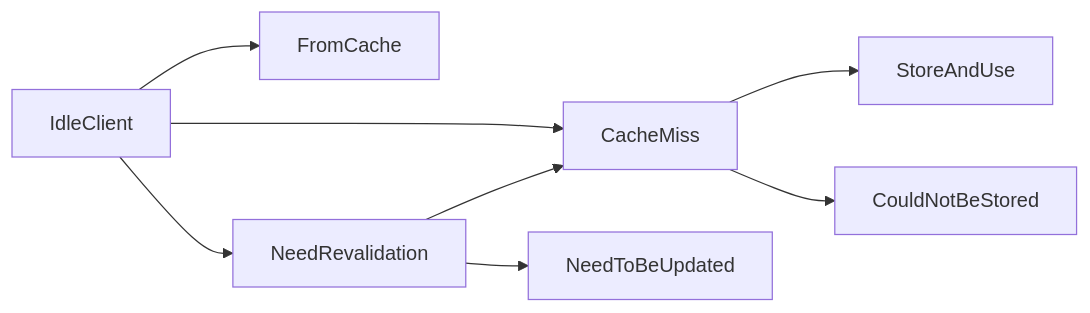
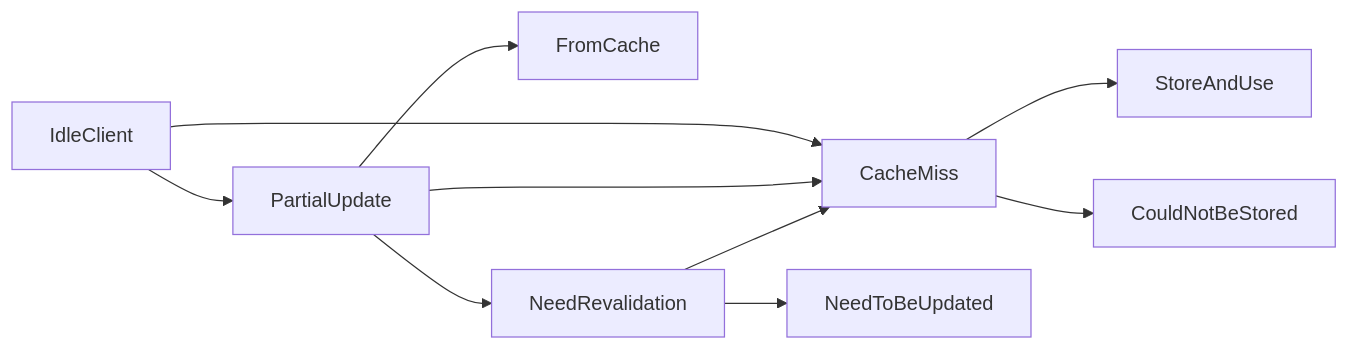
Before and after one commit to karpetrosyan/hishel: the diagram in docs/advanced/specification.md, drawn with Mermaid. The commit also changed other lines of this file and 7 other files, not shown here.

````diff
--- a/docs/advanced/specification.md
+++ b/docs/advanced/specification.md
@@ -9,12 +15,15 @@
 ```mermaid
 graph LR
   IdleClient --> CacheMiss;
-  IdleClient --> FromCache;
-  IdleClient --> NeedRevalidation;
+  IdleClient --> PartialUpdate;
+
+  PartialUpdate --> CacheMiss;
+  PartialUpdate --> FromCache;
+  PartialUpdate --> NeedRevalidation;
 
   CacheMiss --> StoreAndUse;
   CacheMiss --> CouldNotBeStored;
 
   NeedRevalidation --> NeedToBeUpdated;
   NeedRevalidation --> CacheMiss;
 ```
````
